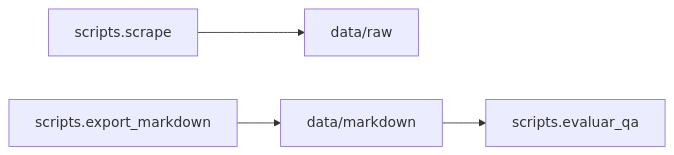
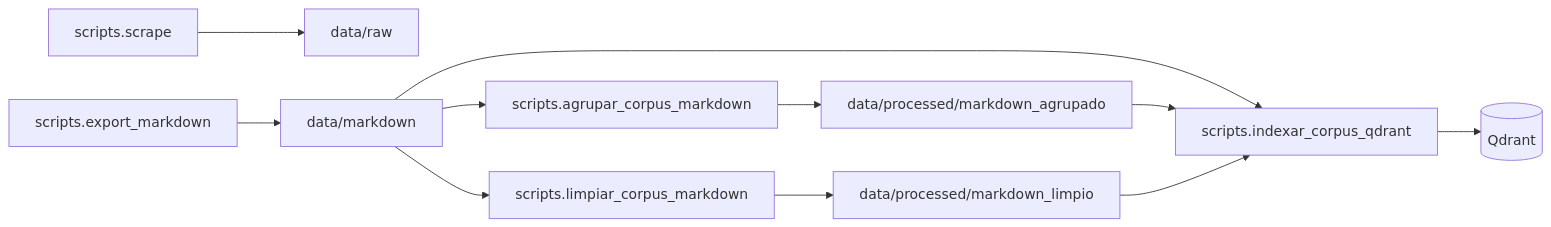
The diagram in scripts/README.md (frankdaza/uao_ia_cd_tecnicas_avanzadas_ia), drawn with Mermaid before and after one commit. The commit also changed other lines of this file and 336 other files, not shown here.

````diff
--- a/scripts/README.md
+++ b/scripts/README.md
@@ -21,11 +25,23 @@
 ```mermaid
 flowchart LR
   scrape[scripts.scrape]
   export[scripts.export_markdown]
-  eval[scripts.evaluar_qa]
+  agr[scripts.agrupar_corpus_markdown]
+  limp[scripts.limpiar_corpus_markdown]
+  idx[scripts.indexar_corpus_qdrant]
   raw[data/raw]
   md[data/markdown]
+  mda[data/processed/markdown_agrupado]
+  mdl[data/processed/markdown_limpio]
+  qd[(Qdrant)]
   scrape --> raw
   export --> md
-  md --> eval
+  md --> agr
+  agr --> mda
+  md --> limp
+  limp --> mdl
+  md --> idx
+  mda --> idx
+  mdl --> idx
+  idx --> qd
 ```
````
